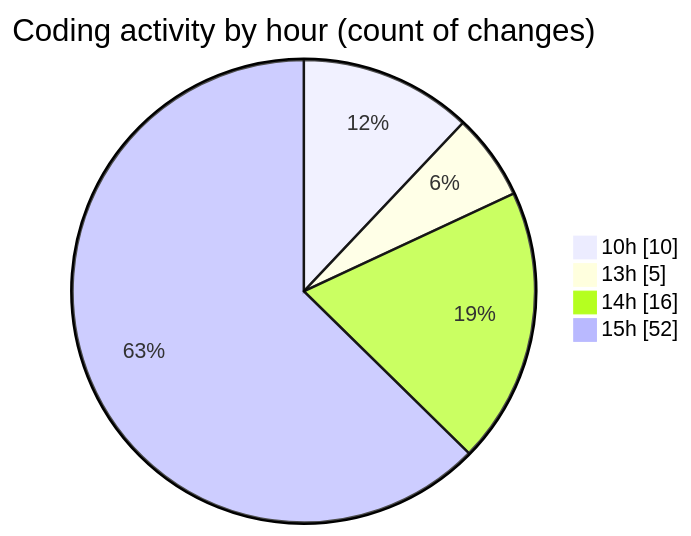
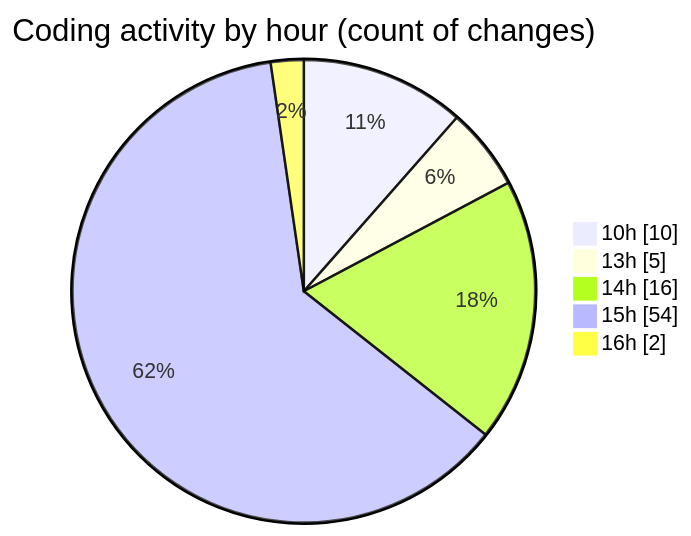
The second of 2 diagrams in 2025-07-30/nxtqube_webapp/README.md (nxtqubesakshisongat/code-tracking), drawn with Mermaid before and after one commit. The commit also changed other lines of this file and 1 other file, not shown here.

````diff
--- a/2025-07-30/nxtqube_webapp/README.md
+++ b/2025-07-30/nxtqube_webapp/README.md
@@ -36,8 +36,9 @@
 ```mermaid
 pie showData
 title Coding activity by hour (count of changes)
 "10h" : 10
 "13h" : 5
 "14h" : 16
-"15h" : 52
+"15h" : 54
+"16h" : 2
 ```
````
